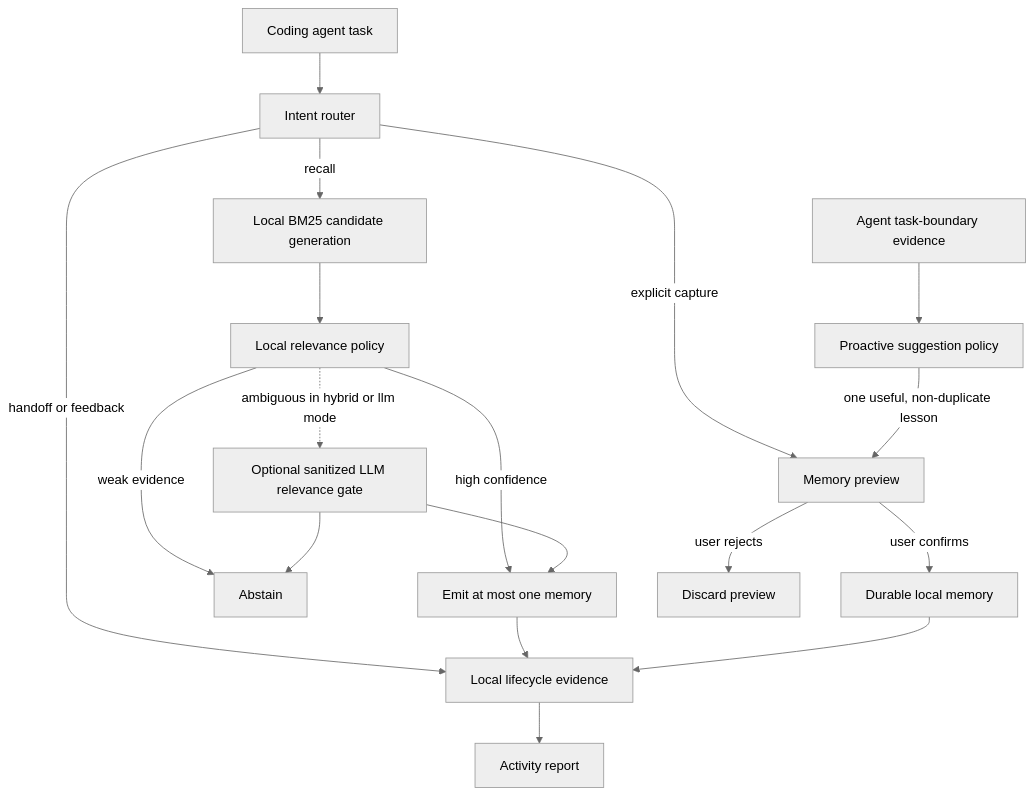
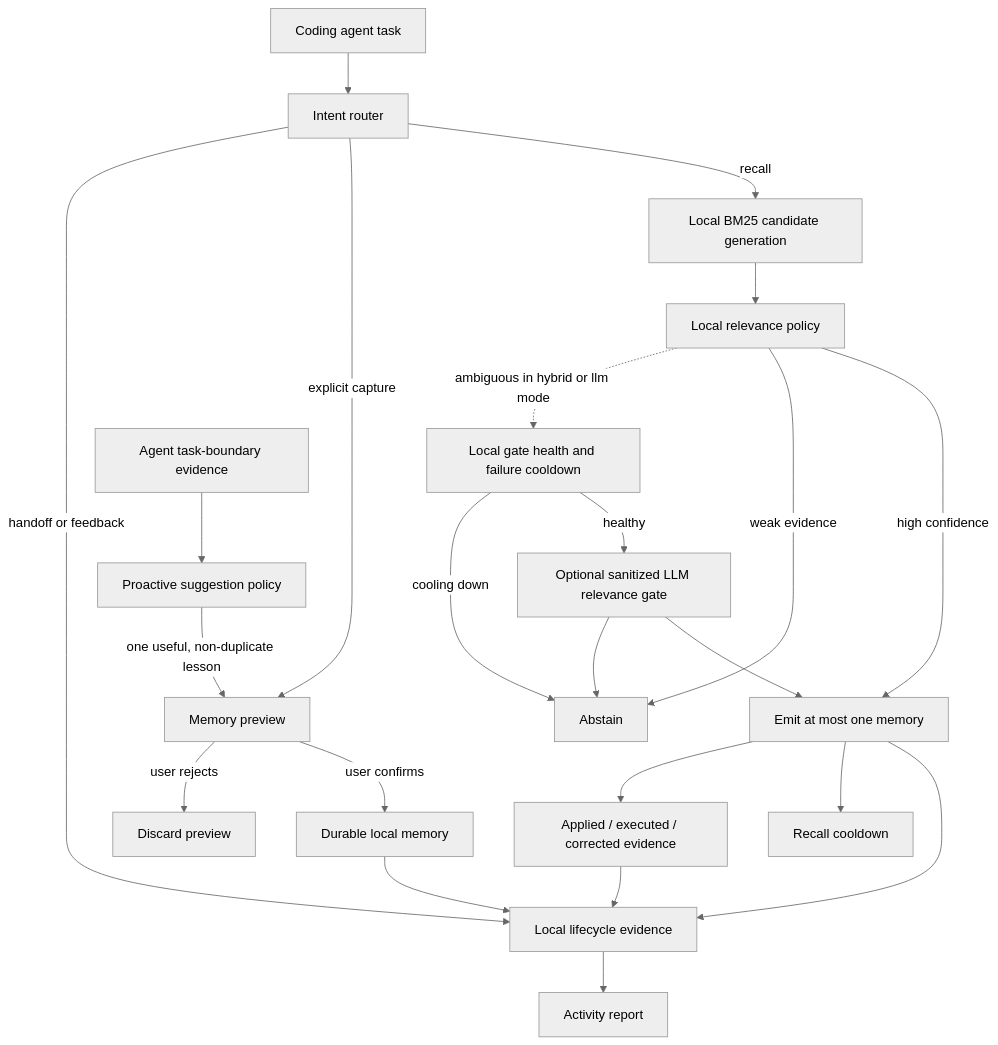
One commit to liuw55804-sys/MemAgent changed the diagram in docs/architecture.md. Above: the diagram before and after it, drawn with Mermaid (neutral theme). The commit also changed other lines of this file and 33 other files, not shown here.

Commit message:
feat: make hybrid recall reliable

````diff
--- a/docs/architecture.md
+++ b/docs/architecture.md
@@ -5,20 +5,25 @@
 ```mermaid
 flowchart TD
   U["Coding agent task"] --> R["Intent router"]
   R -->|"recall"| B["Local BM25 candidate generation"]
   B --> P["Local relevance policy"]
   P -->|"high confidence"| O["Emit at most one memory"]
   P -->|"weak evidence"| A["Abstain"]
-  P -. "ambiguous in hybrid or llm mode" .-> L["Optional sanitized LLM relevance gate"]
+  P -. "ambiguous in hybrid or llm mode" .-> G["Local gate health and failure cooldown"]
+  G -->|"healthy"| L["Optional sanitized LLM relevance gate"]
+  G -->|"cooling down"| A
   L --> O
   L --> A
   R -->|"explicit capture"| D["Memory preview"]
   C["Agent task-boundary evidence"] --> Q["Proactive suggestion policy"]
   Q -->|"one useful, non-duplicate lesson"| D
   D -->|"user confirms"| S["Durable local memory"]
   D -->|"user rejects"| X["Discard preview"]
   R -->|"handoff or feedback"| H["Local lifecycle evidence"]
   O --> H
+  O --> C2["Recall cooldown"]
+  O --> E["Applied / executed / corrected evidence"]
+  E --> H
   S --> H
   H --> V["Activity report"]
 ```
````
